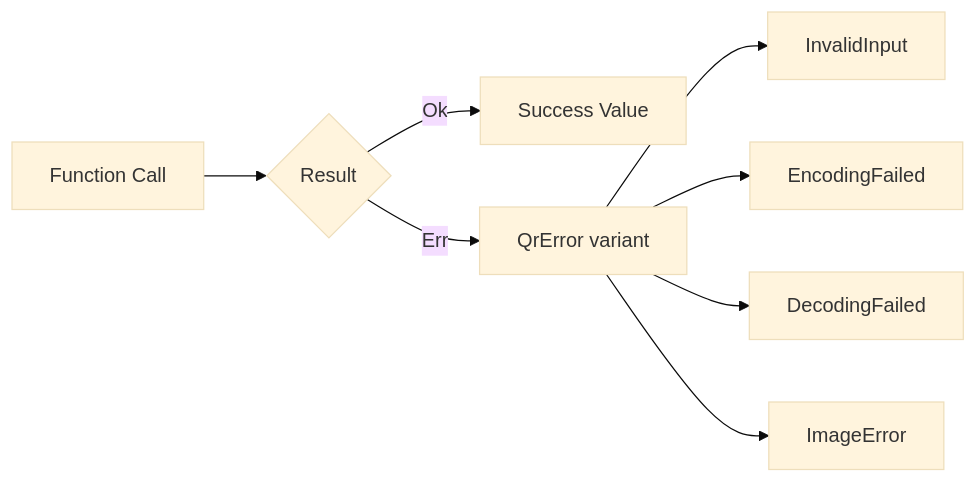
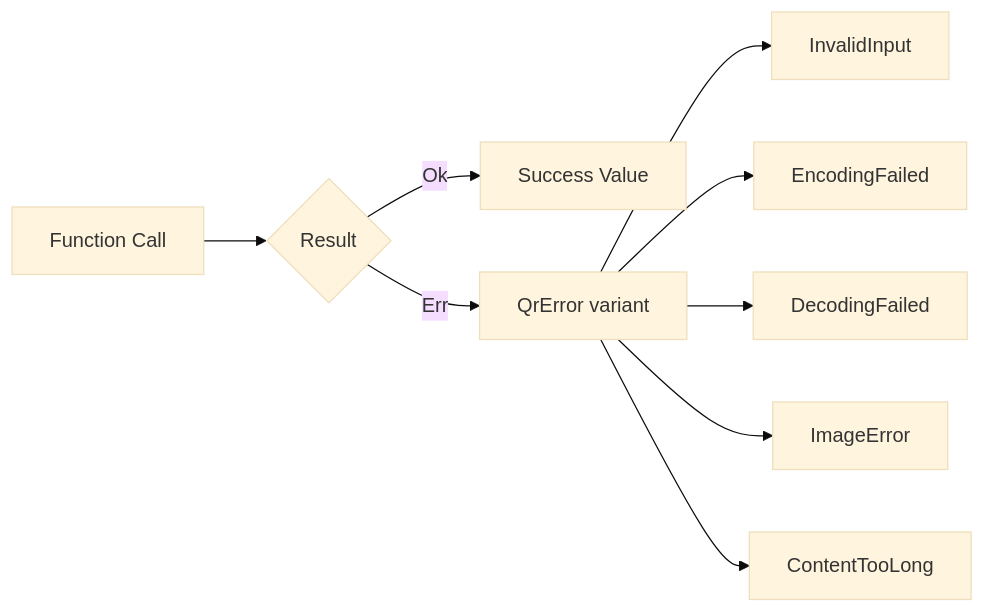
The seventh of 8 diagrams in rustySDK/README.md (prasannajeet/RustyQR), drawn with Mermaid (base theme) before and after one commit. The commit also changed other lines of this file and 26 other files, not shown here.

````diff
--- a/rustySDK/README.md
+++ b/rustySDK/README.md
@@ -712,10 +715,11 @@
 ```mermaid
 graph LR
     A[Function Call] --> B{Result}
     B -->|Ok| C[Success Value]
     B -->|Err| D[QrError variant]
     D --> E[InvalidInput]
     D --> F[EncodingFailed]
     D --> G[DecodingFailed]
     D --> H[ImageError]
+    D --> I[ContentTooLong]
 ```
````
